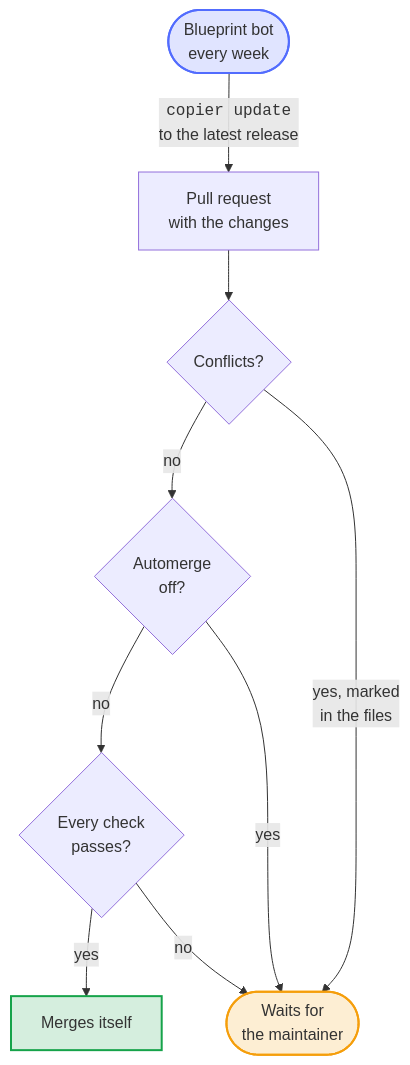
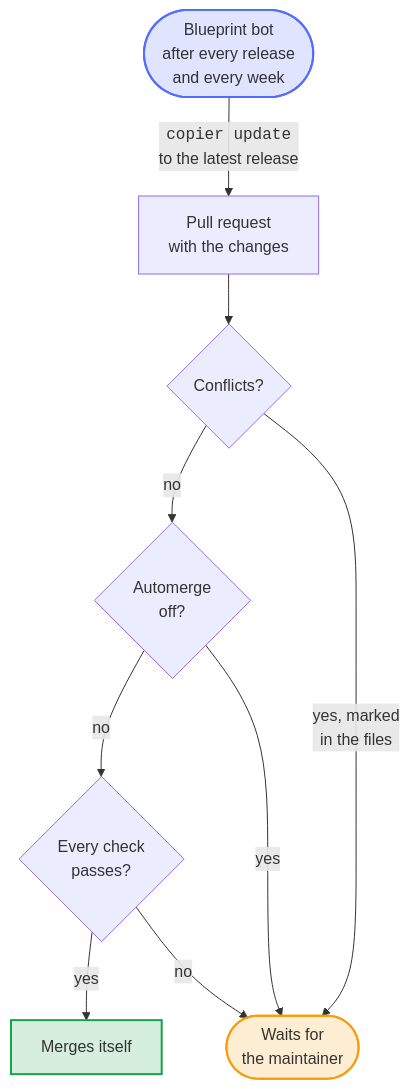
One commit to Dennis-Otto/repo-blueprint changed the fourth of 6 diagrams in README.md. Above: the diagram before and after it, drawn with Mermaid. The commit also changed other lines of this file and 6 other files, not shown here.

First line of the commit message:
feat: roll out every release of the blueprint at once

````diff
--- a/README.md
+++ b/README.md
@@ -219,33 +219,33 @@
 ```mermaid
 ---
 config:
   flowchart:
     wrappingWidth: 400
 ---
 flowchart TB
     accTitle: How an update of the blueprint arrives
-    accDescr: Every week the blueprint bot runs copier update to the latest release of the blueprint and opens a pull request. With conflicts, or with BLUEPRINT_AUTOMERGE set to off, it waits for the maintainer; otherwise it merges itself once every check passes.
+    accDescr: Right after every release of the blueprint, and every week, the blueprint bot runs copier update to the latest release and opens a pull request. With conflicts, or with BLUEPRINT_AUTOMERGE set to off, it waits for the maintainer; otherwise it merges itself once every check passes.
 
-    bot(["Blueprint bot<br>every week"])
+    bot(["Blueprint bot<br>after every release<br>and every week"])
     pr["Pull request<br>with the changes"]
     conflicts{"Conflicts?"}
     off{"Automerge<br>off?"}
     checks{"Every check<br>passes?"}
     merged["Merges itself"]
     wait(["Waits for<br>the maintainer"])
 
     bot -- "<code>copier update</code><br>to the latest release" --> pr --> conflicts
     conflicts -- "no" --> off
     off -- "no" --> checks
     checks -- "yes" --> merged
     conflicts -- "yes, marked<br>in the files" --> wait
     off -- "yes" --> wait
     checks -- "no" --> wait
 
     classDef bot fill:#526cfe2e,stroke:#526cfe,stroke-width:2px
     classDef person fill:#f59e0b2e,stroke:#f59e0b,stroke-width:2px
     classDef done fill:#16a34a2e,stroke:#16a34a,stroke-width:2px
     class bot bot
     class wait person
     class merged done
 ```
````
